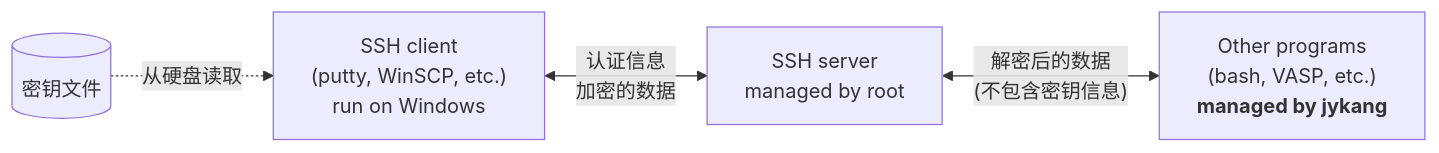
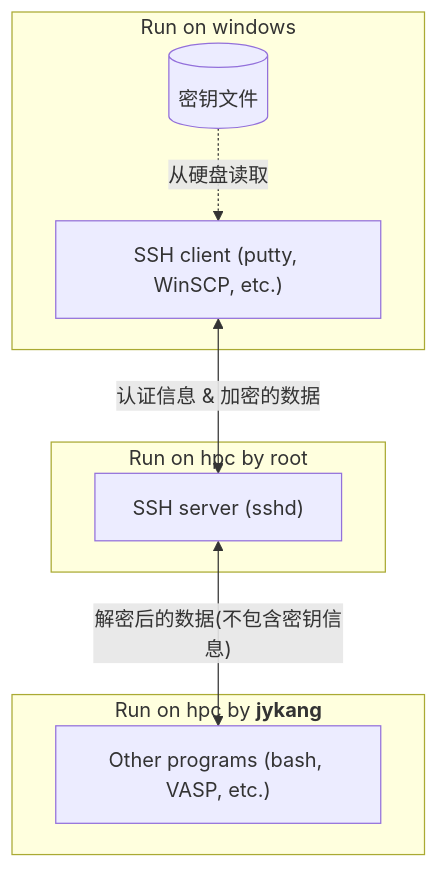
The first of 2 diagrams in doc/setup.md (CHN-beta/hpcstat), drawn with Mermaid before and after one commit. The commit also changed other lines of this file, not shown here.

````diff
--- a/doc/setup.md
+++ b/doc/setup.md
@@ -77,6 +77,14 @@
 ```mermaid
-graph LR
-A[(密钥文件)] -.->|从硬盘读取| B["SSH client \n (putty, WinSCP, etc.) \n run on Windows"]
-B <--> |认证信息\n加密的数据| C["SSH server \n managed by root"] 
-C <--> |"解密后的数据\n(不包含密钥信息)"| D["Other programs \n (bash, VASP, etc.) \n <b>managed by jykang</b>"] 
+flowchart TB
+   subgraph "Run on windows"
+      A[(密钥文件)] -.->|从硬盘读取| B["SSH client (putty, WinSCP, etc.)"]
+   end
+   subgraph "Run on hpc by root"
+      C["SSH server (sshd)"]
+   end
+   B <--> |"认证信息 & 加密的数据"| C
+   subgraph "Run on hpc by <b>jykang</b>"
+      D["Other programs (bash, VASP, etc.)"] 
+   end
+   C <--> |"解密后的数据(不包含密钥信息)"| D
 ```
````
